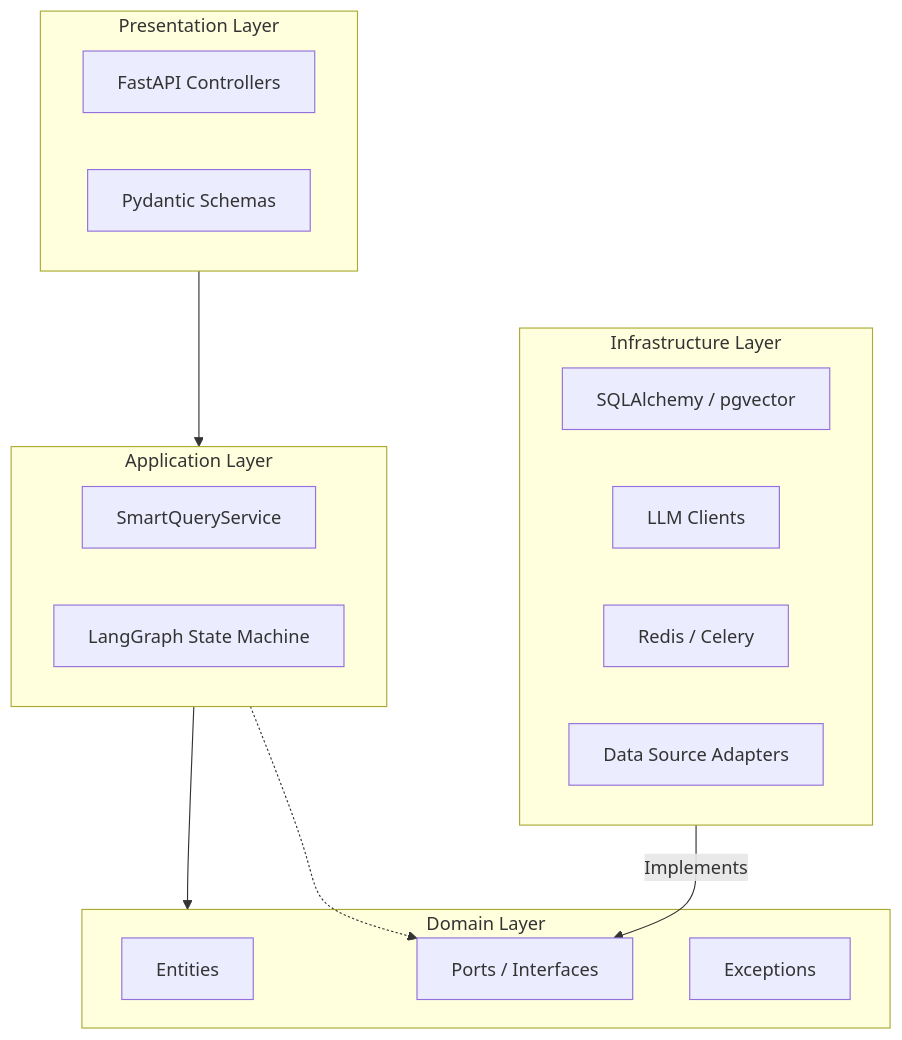
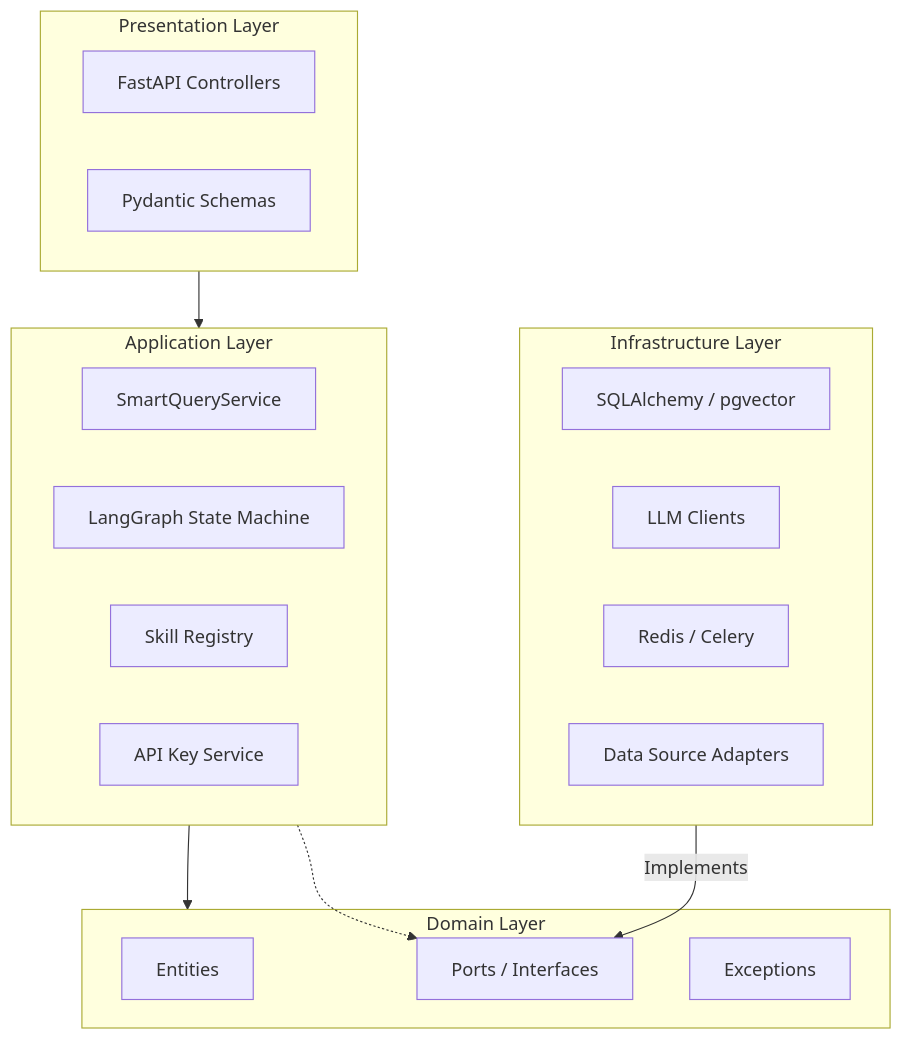
One commit to colossus-lab/openarg_backend changed the diagram in docs/architecture.md. Above: the diagram before and after it, drawn with Mermaid. The commit also changed 14 other files, not shown here.

First line of the commit message:
fix: API key security hardening + rate limit improvements + docs update

````diff
--- a/docs/architecture.md
+++ b/docs/architecture.md
@@ -7,30 +7,32 @@
 ```mermaid
 graph TD
     subgraph Presentation ["Presentation Layer"]
         A[FastAPI Controllers]
         B[Pydantic Schemas]
     end
 
     subgraph Application ["Application Layer"]
         C[SmartQueryService]
         D[LangGraph State Machine]
+        SK[Skill Registry]
+        AK[API Key Service]
     end
 
     subgraph Domain ["Domain Layer"]
         E[Entities]
         F[Ports / Interfaces]
         G[Exceptions]
     end
 
     subgraph Infrastructure ["Infrastructure Layer"]
         H[SQLAlchemy / pgvector]
         I[LLM Clients]
         J[Redis / Celery]
         K[Data Source Adapters]
     end
 
     Presentation --> Application
     Application --> Domain
     Infrastructure -- Implements --> F
     Application -.-> F
 ```
````
